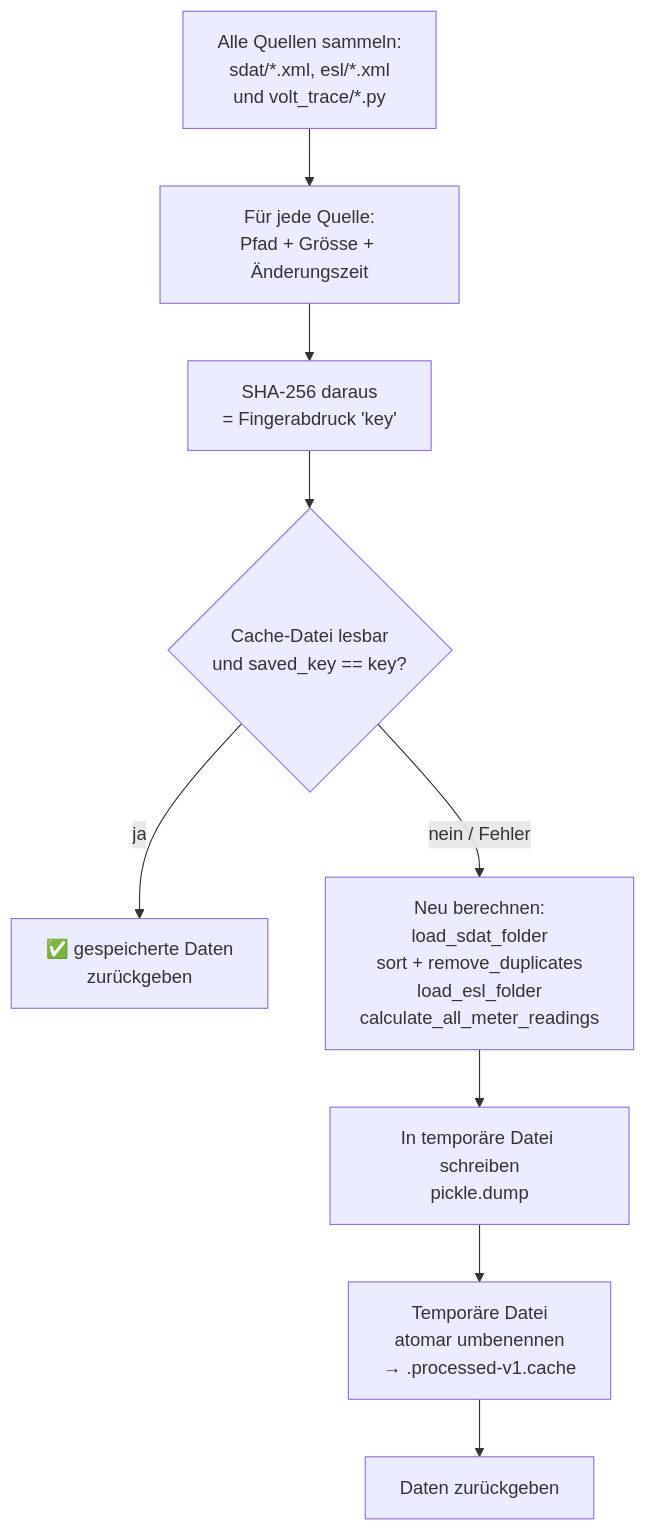
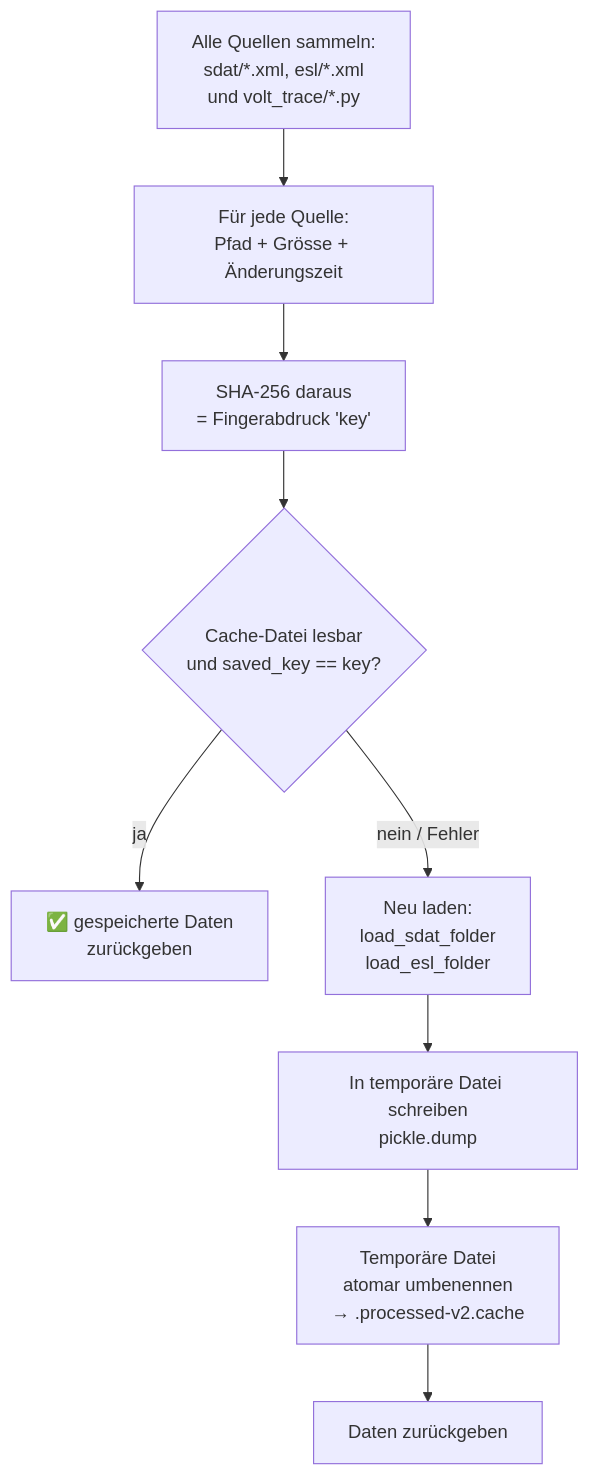
One commit to im24b-seminaral/volt-trace changed the tenth of 13 diagrams in PYTHON.md. Above: the diagram before and after it, drawn with Mermaid. The commit also changed other lines of this file and 4 other files, not shown here.

````diff
--- a/PYTHON.md
+++ b/PYTHON.md
@@ -865,11 +875,11 @@
 ```mermaid
 flowchart TD
     A["Alle Quellen sammeln:<br/>sdat/*.xml, esl/*.xml<br/>und volt_trace/*.py"] --> B["Für jede Quelle:<br/>Pfad + Grösse + Änderungszeit"]
     B --> C["SHA-256 daraus<br/>= Fingerabdruck 'key'"]
     C --> D{"Cache-Datei lesbar<br/>und saved_key == key?"}
     D -->|ja| E["✅ gespeicherte Daten<br/>zurückgeben"]
-    D -->|"nein / Fehler"| F["Neu berechnen:<br/>load_sdat_folder<br/>sort + remove_duplicates<br/>load_esl_folder<br/>calculate_all_meter_readings"]
+    D -->|"nein / Fehler"| F["Neu laden:<br/>load_sdat_folder<br/>load_esl_folder"]
     F --> G["In temporäre Datei schreiben<br/>pickle.dump"]
-    G --> H["Temporäre Datei<br/>atomar umbenennen<br/>→ .processed-v1.cache"]
+    G --> H["Temporäre Datei<br/>atomar umbenennen<br/>→ .processed-v2.cache"]
     H --> I["Daten zurückgeben"]
 ```
````
